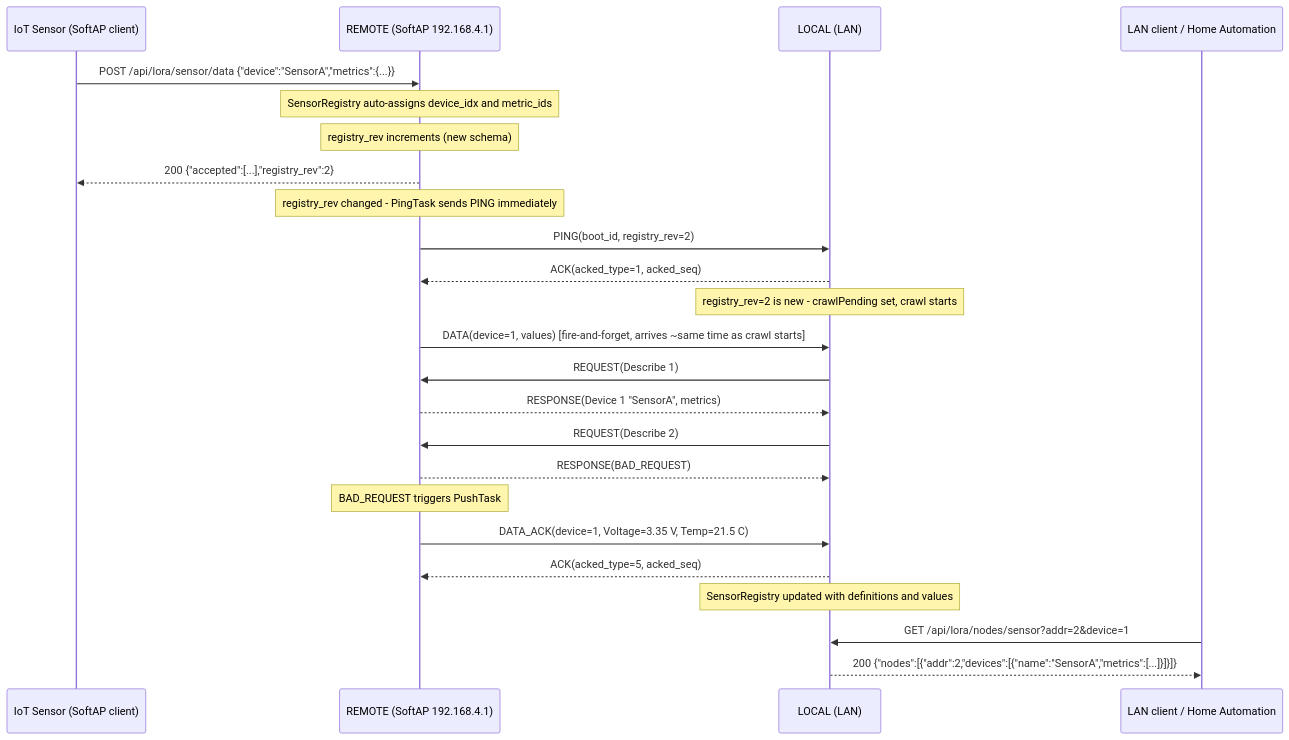
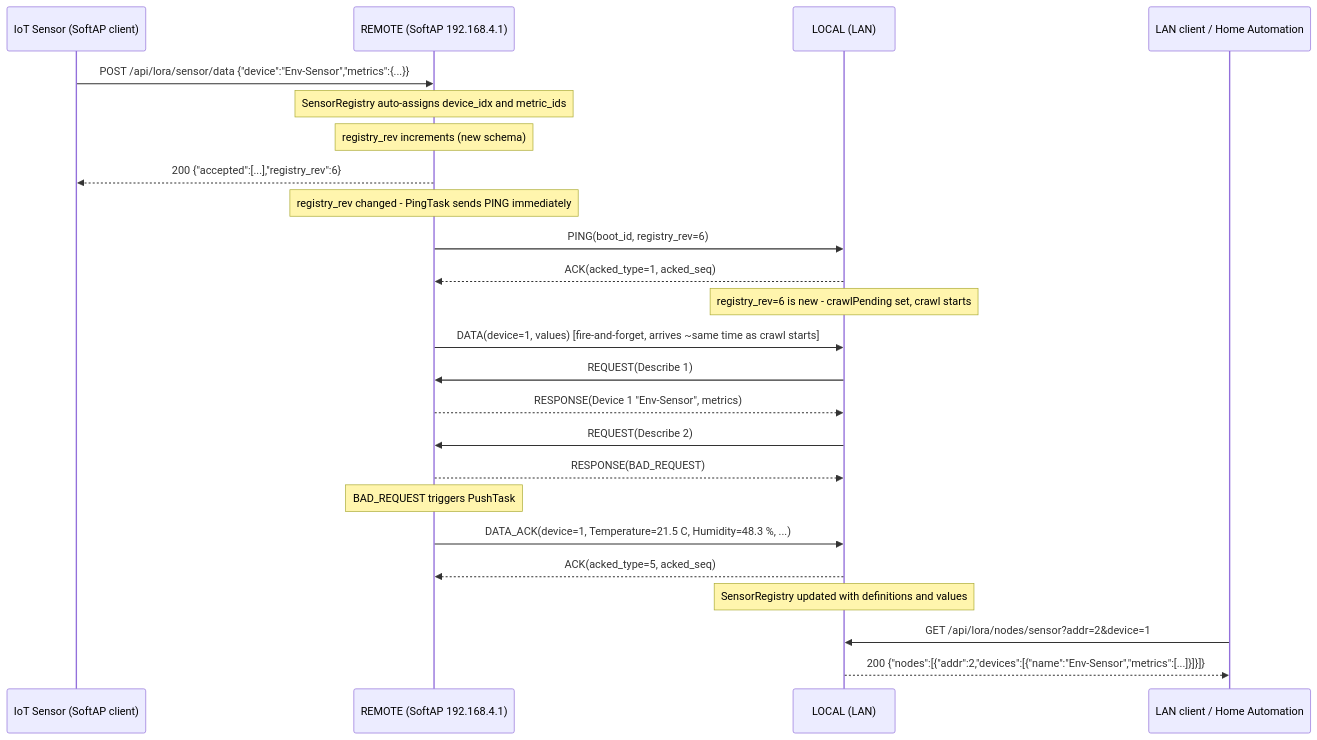
Before and after one commit to Warpguru/LoRaIoT: the eighth of 9 diagrams in doc/LoRaProtocol.md, drawn with Mermaid. The commit also changed other lines of this file and 20 other files, not shown here.

````diff
--- a/doc/LoRaProtocol.md
+++ b/doc/LoRaProtocol.md
@@ -631,31 +631,31 @@
 ```mermaid
 sequenceDiagram
     participant Sensor as IoT Sensor (SoftAP client)
     participant R as REMOTE (SoftAP 192.168.4.1)
     participant L as LOCAL (LAN)
     participant Client as LAN client / Home Automation
 
-    Sensor->>R: POST /api/lora/sensor/data {"device":"SensorA","metrics":{...}}
+    Sensor->>R: POST /api/lora/sensor/data {"device":"Env-Sensor","metrics":{...}}
     Note over R: SensorRegistry auto-assigns device_idx and metric_ids
     Note over R: registry_rev increments (new schema)
-    R-->>Sensor: 200 {"accepted":[...],"registry_rev":2}
+    R-->>Sensor: 200 {"accepted":[...],"registry_rev":6}
 
     Note over R: registry_rev changed - PingTask sends PING immediately
-    R->>L: PING(boot_id, registry_rev=2)
+    R->>L: PING(boot_id, registry_rev=6)
     L-->>R: ACK(acked_type=1, acked_seq)
-    Note over L: registry_rev=2 is new - crawlPending set, crawl starts
+    Note over L: registry_rev=6 is new - crawlPending set, crawl starts
 
     R->>L: DATA(device=1, values) [fire-and-forget, arrives ~same time as crawl starts]
 
     L->>R: REQUEST(Describe 1)
-    R-->>L: RESPONSE(Device 1 "SensorA", metrics)
+    R-->>L: RESPONSE(Device 1 "Env-Sensor", metrics)
     L->>R: REQUEST(Describe 2)
     R-->>L: RESPONSE(BAD_REQUEST)
     Note over R: BAD_REQUEST triggers PushTask
-    R->>L: DATA_ACK(device=1, Voltage=3.35 V, Temp=21.5 C)
+    R->>L: DATA_ACK(device=1, Temperature=21.5 C, Humidity=48.3 %, ...)
     L-->>R: ACK(acked_type=5, acked_seq)
     Note over L: SensorRegistry updated with definitions and values
 
     Client->>L: GET /api/lora/nodes/sensor?addr=2&device=1
-    L-->>Client: 200 {"nodes":[{"addr":2,"devices":[{"name":"SensorA","metrics":[...]}]}]}
+    L-->>Client: 200 {"nodes":[{"addr":2,"devices":[{"name":"Env-Sensor","metrics":[...]}]}]}
 ```
````
